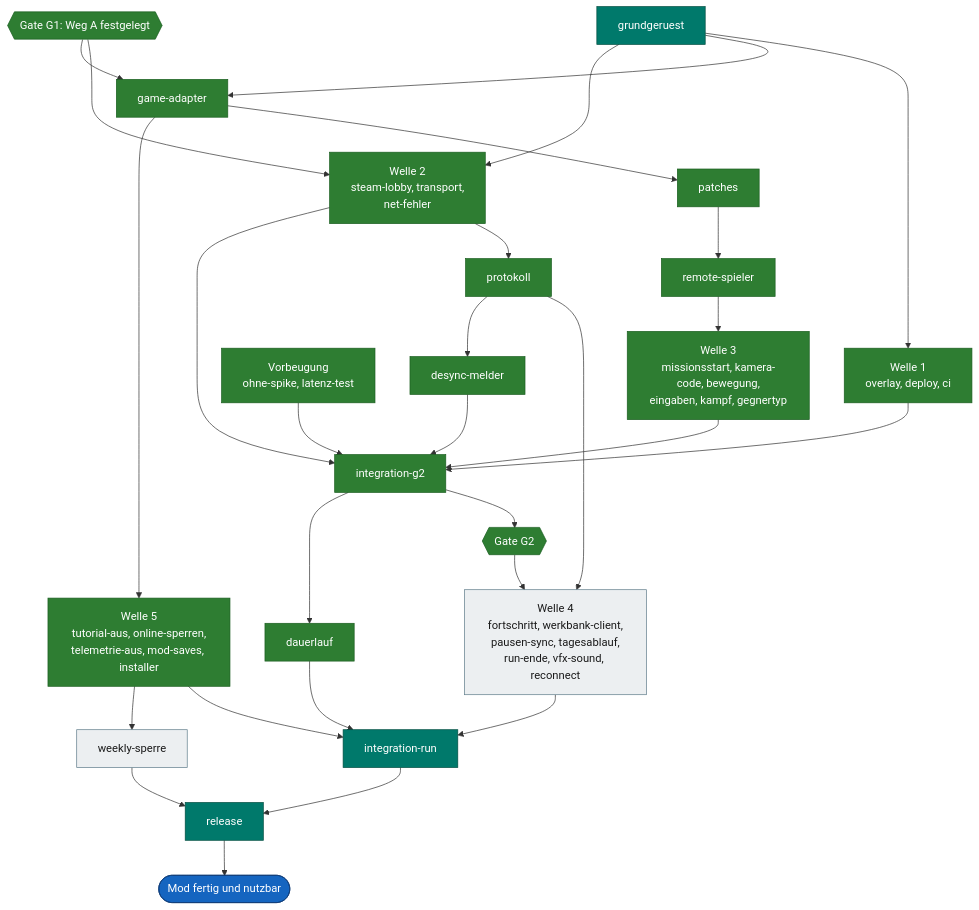
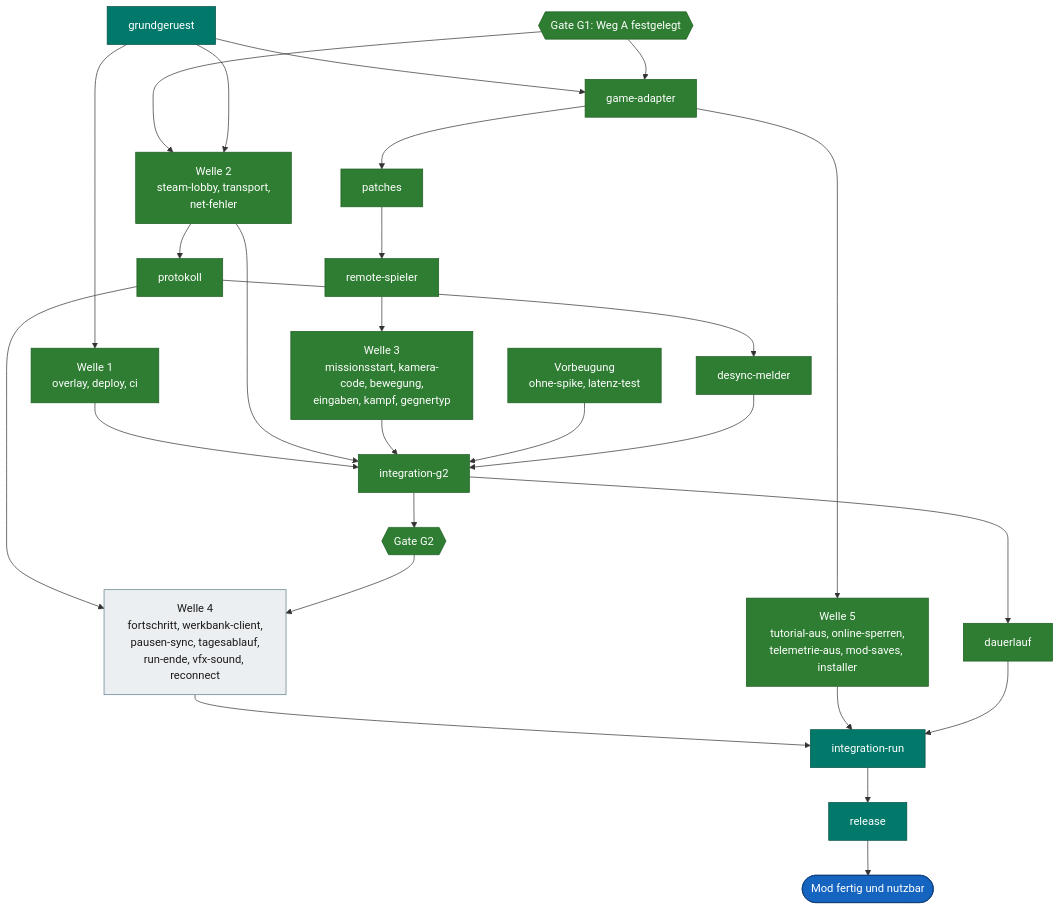
One commit to VitaminStack/Deadly-Days-Roadtrip-Multiplayer-Mod changed the fourth of 4 diagrams in docs/ROADMAP.md. Above: the diagram before and after it, drawn with Mermaid. The commit also changed other lines of this file and 24 other files, not shown here.

First line of the commit message:
host-lagspike behoben, update-welt bestaetigt, weekly-sperre optional (#195)

````diff
--- a/docs/ROADMAP.md
+++ b/docs/ROADMAP.md
@@ -330,32 +329,31 @@
 ```mermaid
 flowchart TD
     GR["grundgeruest"]:::central --> W1["Welle 1<br/>overlay, deploy, ci"]:::done
     GR --> GA["game-adapter"]:::done
     G1{{"Gate G1: Weg A festgelegt"}}:::done --> W2["Welle 2<br/>steam-lobby, transport,<br/>net-fehler"]:::done
     GR --> W2
     G1 --> GA
     GA --> PT["patches"]:::done --> RS["remote-spieler"]:::done
     GA --> W5["Welle 5<br/>tutorial-aus, online-sperren,<br/>telemetrie-aus, mod-saves, installer"]:::done
     RS --> W3["Welle 3<br/>missionsstart, kamera-code, bewegung,<br/>eingaben, kampf, gegnertyp"]:::done
     W1 --> IG["integration-g2"]:::done
     W2 --> PR["protokoll"]:::done
     W2 --> IG
     W3 --> IG
     IG --> G2{{"Gate G2"}}:::done
     PR --> W4["Welle 4<br/>fortschritt, werkbank-client,<br/>pausen-sync, tagesablauf,<br/>run-ende, vfx-sound, reconnect"]:::open
     G2 --> W4
     W4 --> IR["integration-run"]:::central
     W5 --> IR
     RV["Vorbeugung<br/>ohne-spike, latenz-test"]:::done --> IG
     PR --> DS["desync-melder"]:::done --> IG
     IG --> DL["dauerlauf"]:::done --> IR
-    W5 --> W6["weekly-sperre"]:::open --> RL
     IR --> RL["release"]:::central
     RL --> Z(["Mod fertig und nutzbar"]):::goal
 
     classDef done fill:#2e7d32,stroke:#1b5e20,color:#ffffff
     classDef central fill:#00796b,stroke:#004d40,color:#ffffff
     classDef open fill:#eceff1,stroke:#607d8b,color:#1a1a1a
     classDef gate fill:#6a1b9a,stroke:#3e1163,color:#ffffff
     classDef goal fill:#1565c0,stroke:#0d3c78,color:#ffffff
 ```
````
